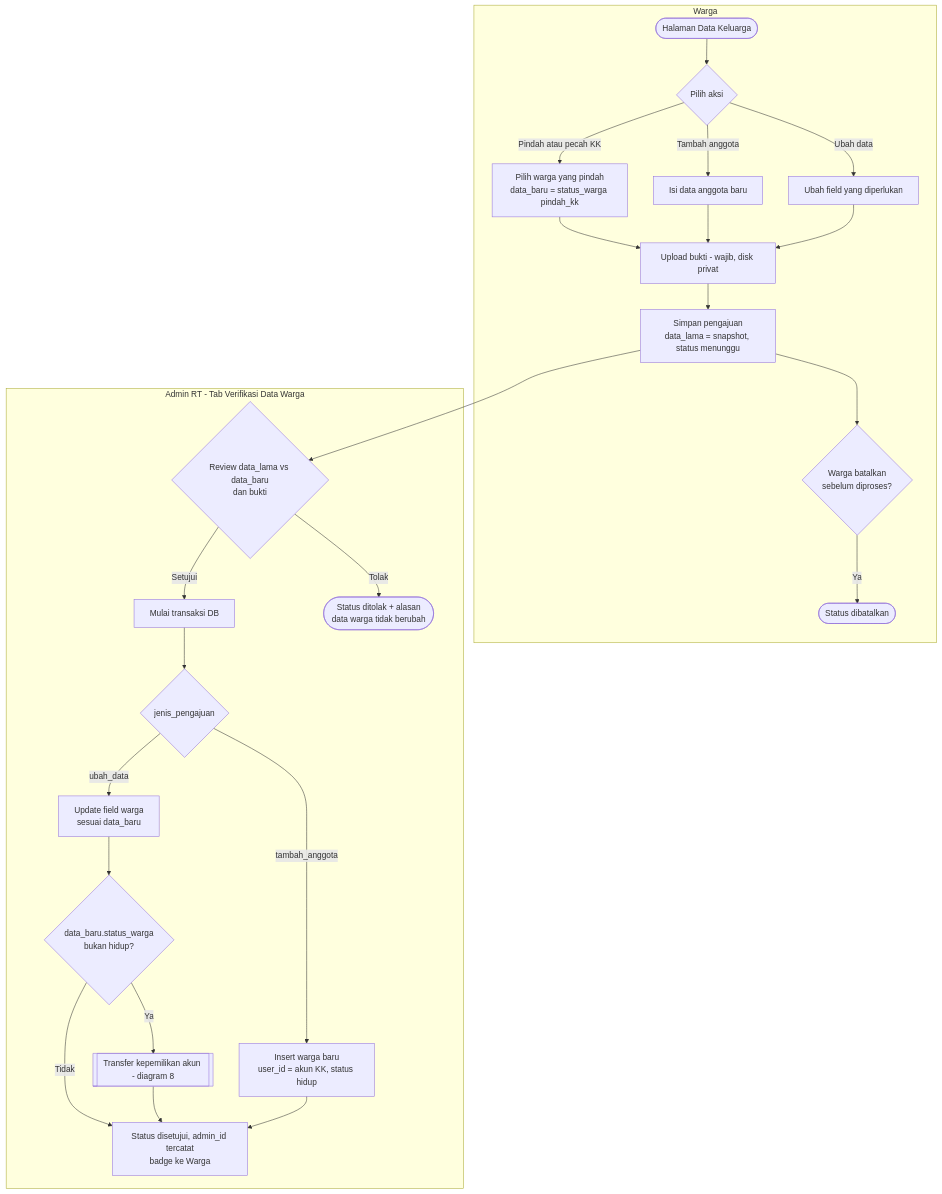
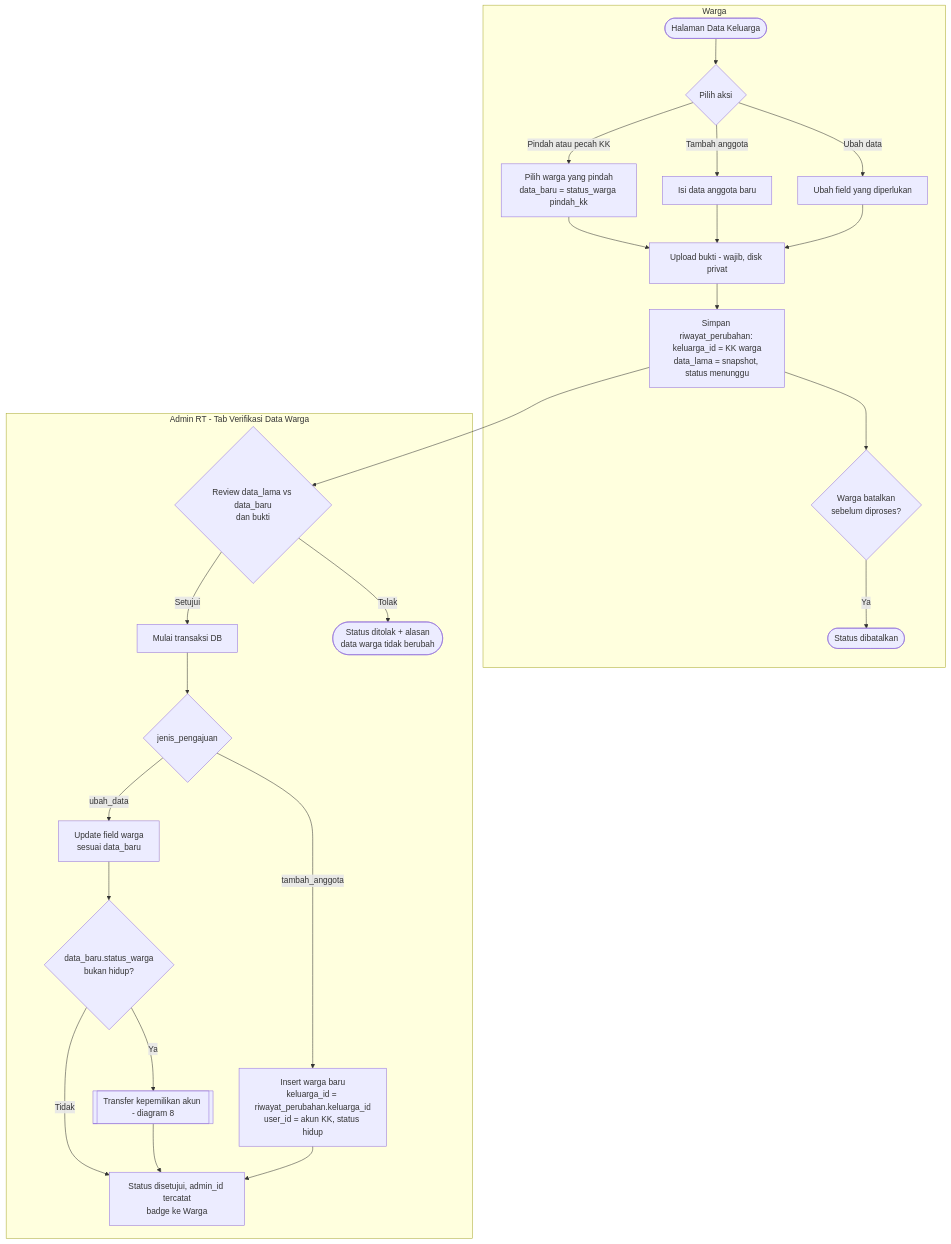
Before and after one commit to MUMUHR/WargaKu: the seventh of 11 diagrams in Diagram_Arsitektur_Workflow_WargaKu.md, drawn with Mermaid. The commit also changed other lines of this file and 29 other files, not shown here.

````diff
--- a/Diagram_Arsitektur_Workflow_WargaKu.md
+++ b/Diagram_Arsitektur_Workflow_WargaKu.md
@@ -273,29 +281,29 @@
 ```mermaid
 flowchart TD
     subgraph WargaSide["Warga"]
         S(["Halaman Data Keluarga"]) --> Aksi{"Pilih aksi"}
         Aksi -- "Ubah data" --> F1["Ubah field yang diperlukan"]
         Aksi -- "Tambah anggota" --> F2["Isi data anggota baru"]
         Aksi -- "Pindah atau pecah KK" --> F3["Pilih warga yang pindah<br/>data_baru = status_warga pindah_kk"]
         F1 --> Bukti["Upload bukti - wajib, disk privat"]
         F2 --> Bukti
         F3 --> Bukti
-        Bukti --> Kirim["Simpan pengajuan<br/>data_lama = snapshot, status menunggu"]
+        Bukti --> Kirim["Simpan riwayat_perubahan: keluarga_id = KK warga<br/>data_lama = snapshot, status menunggu"]
         Kirim --> Batal{"Warga batalkan<br/>sebelum diproses?"}
         Batal -- "Ya" --> Dibatal(["Status dibatalkan"])
     end
 
     subgraph AdminSide["Admin RT - Tab Verifikasi Data Warga"]
         Kirim --> Rev{"Review data_lama vs data_baru<br/>dan bukti"}
         Rev -- "Tolak" --> Tolak(["Status ditolak + alasan<br/>data warga tidak berubah"])
         Rev -- "Setujui" --> Trx["Mulai transaksi DB"]
         Trx --> Jenis{"jenis_pengajuan"}
-        Jenis -- "tambah_anggota" --> Ins["Insert warga baru<br/>user_id = akun KK, status hidup"]
+        Jenis -- "tambah_anggota" --> Ins["Insert warga baru<br/>keluarga_id = riwayat_perubahan.keluarga_id<br/>user_id = akun KK, status hidup"]
         Jenis -- "ubah_data" --> Upd["Update field warga<br/>sesuai data_baru"]
         Upd --> Keluar{"data_baru.status_warga<br/>bukan hidup?"}
         Keluar -- "Ya" --> Transfer[["Transfer kepemilikan akun - diagram 8"]]
         Keluar -- "Tidak" --> Done
         Ins --> Done
         Transfer --> Done["Status disetujui, admin_id tercatat<br/>badge ke Warga"]
     end
 ```
````
